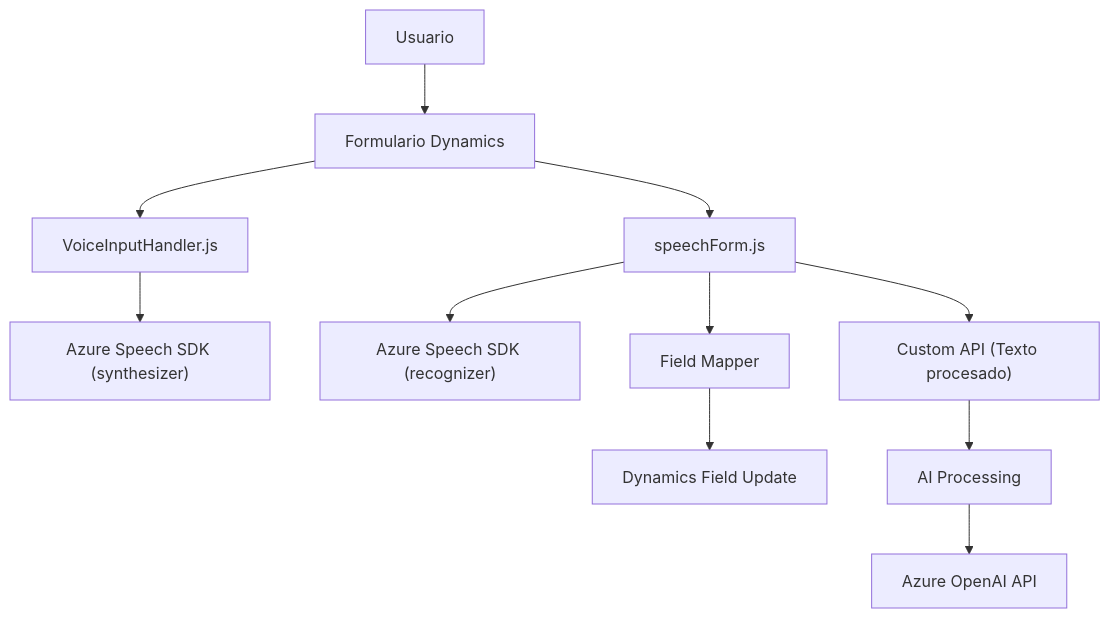
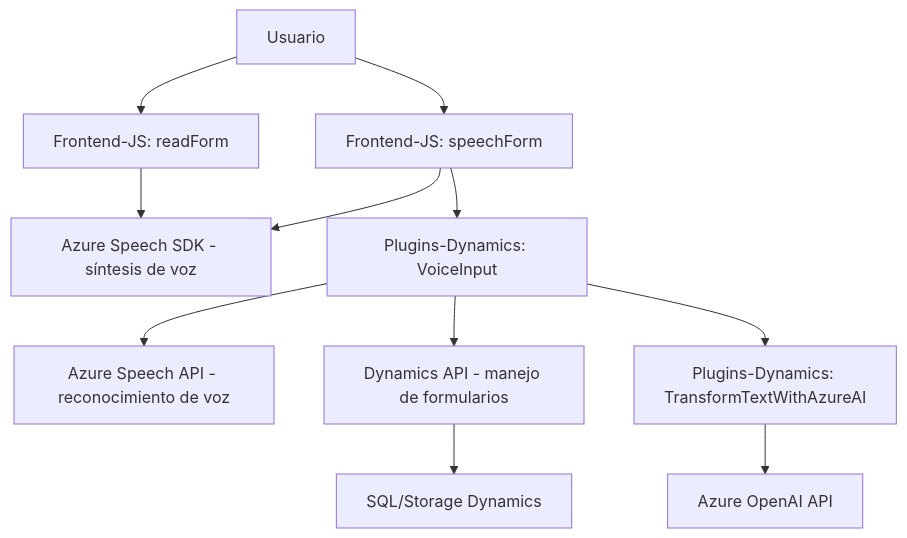
One commit to blopezdm/NETCORE_BILBAO2025 changed the diagram in README.md. Above: the diagram before and after it, drawn with Mermaid. The commit also changed other lines of this file, not shown here.

````diff
--- a/README.md
+++ b/README.md
@@ -41,13 +44,13 @@
 ```mermaid
 graph TD
-    A["Usuario"] --> B["Formulario Dynamics"]
-    B --> C["VoiceInputHandler.js"]
-    B --> D["speechForm.js"]
-    C --> E["Azure Speech SDK (synthesizer)"]
-    D --> F["Azure Speech SDK (recognizer)"]
-    D --> G["Field Mapper"]
-    G --> H["Dynamics Field Update"]
-    D --> I["Custom API (Texto procesado)"]
-    I --> J["AI Processing"]
-    J --> K["Azure OpenAI API"]
+    A["Usuario"] --> B["Frontend-JS: readForm"]
+    A --> C["Frontend-JS: speechForm"]
+    B --> D["Azure Speech SDK - síntesis de voz"]
+    C --> D
+    C --> E["Plugins-Dynamics: VoiceInput"]
+    E --> F["Azure Speech API - reconocimiento de voz"]
+    E --> G["Dynamics API - manejo de formularios"]
+    E --> H["Plugins-Dynamics: TransformTextWithAzureAI"]
+    H --> I["Azure OpenAI API"]
+    G --> J["SQL/Storage Dynamics"]
 ```
````
